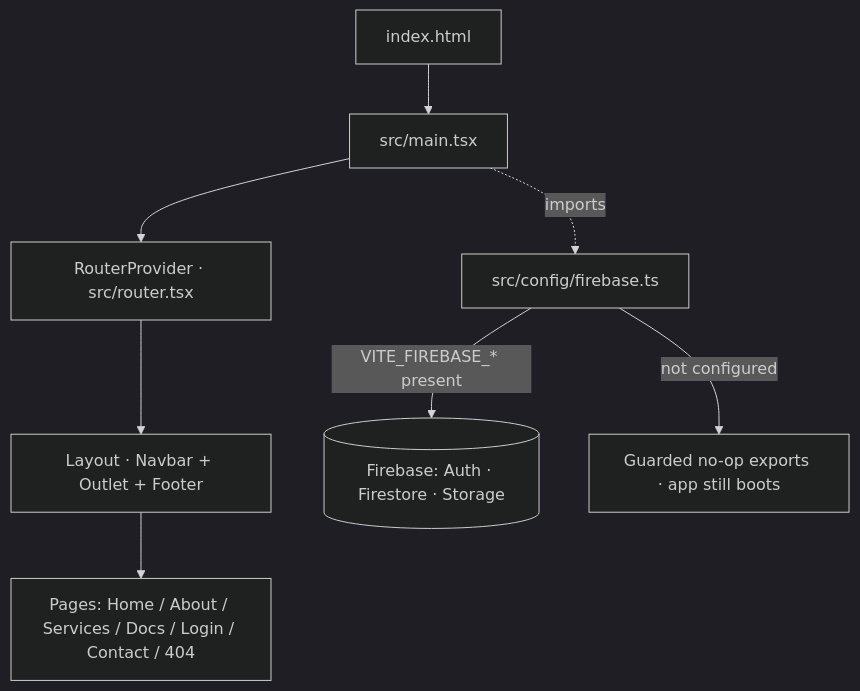
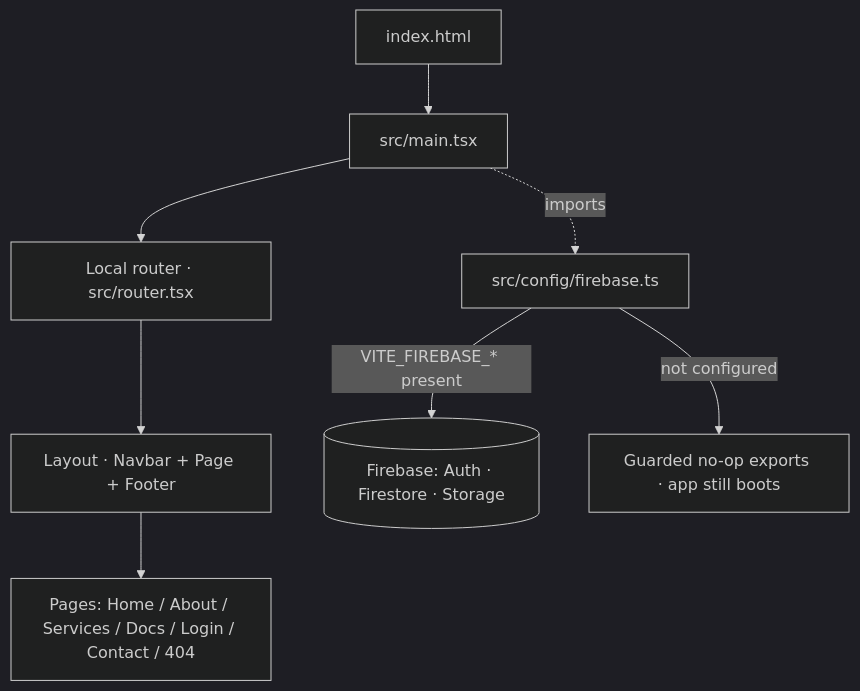
The diagram in wiki/Architecture-and-Stack.md (WayneTechLab/SFWA-WTL-TEMPLATE), drawn with Mermaid (dark theme) before and after one commit. The commit also changed other lines of this file and 254 other files, not shown here.

````diff
--- a/wiki/Architecture-and-Stack.md
+++ b/wiki/Architecture-and-Stack.md
@@ -62,10 +62,10 @@
 ```mermaid
 flowchart TD
     A[index.html] --> B[src/main.tsx]
-    B --> C[RouterProvider · src/router.tsx]
-    C --> D[Layout · Navbar + Outlet + Footer]
+    B --> C[Local router · src/router.tsx]
+    C --> D[Layout · Navbar + Page + Footer]
     D --> E[Pages: Home / About / Services / Docs / Login / Contact / 404]
     B -.imports.-> F[src/config/firebase.ts]
     F -->|VITE_FIREBASE_* present| G[(Firebase: Auth · Firestore · Storage)]
     F -->|not configured| H[Guarded no-op exports · app still boots]
 ```
````
